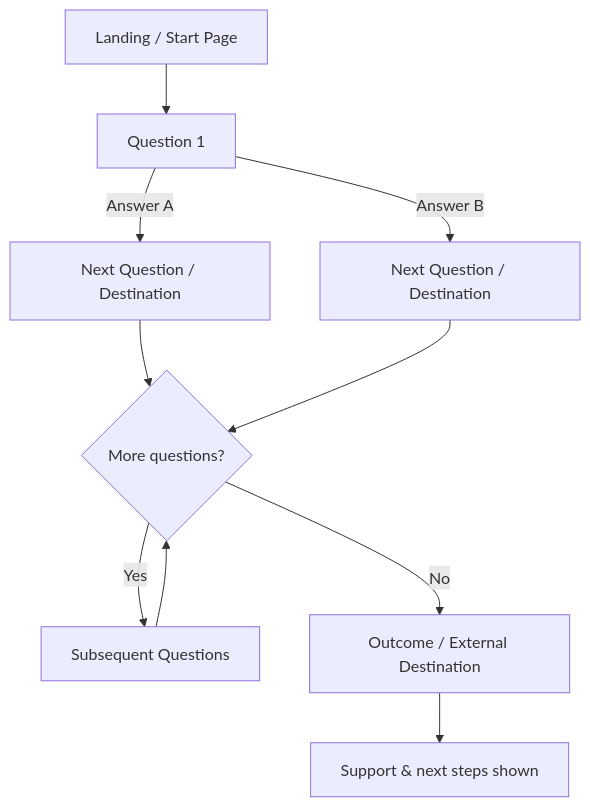
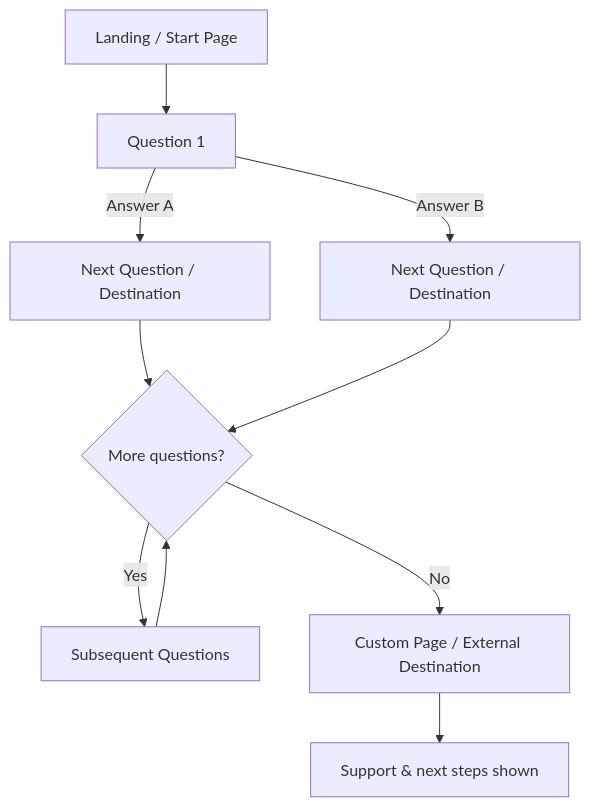
One commit to DFE-Digital/get-to-an-answer changed the first of 2 diagrams in src/Frontend/README.md. Above: the diagram before and after it, drawn with Mermaid. The commit also changed other lines of this file and 2 other files, not shown here.

````diff
--- a/src/Frontend/README.md
+++ b/src/Frontend/README.md
@@ -14,12 +14,12 @@
 ```mermaid
 flowchart TD
   A[Landing / Start Page] --> B[Question 1]
   B -->|Answer A| C[Next Question / Destination]
   B -->|Answer B| D[Next Question / Destination]
   C --> E{More questions?}
   D --> E
   E -- Yes --> F[Subsequent Questions]
   F --> E
-  E -- No --> G[Outcome / External Destination]
+  E -- No --> G[Custom Page / External Destination]
   G --> H[Support & next steps shown]
 ```
````
